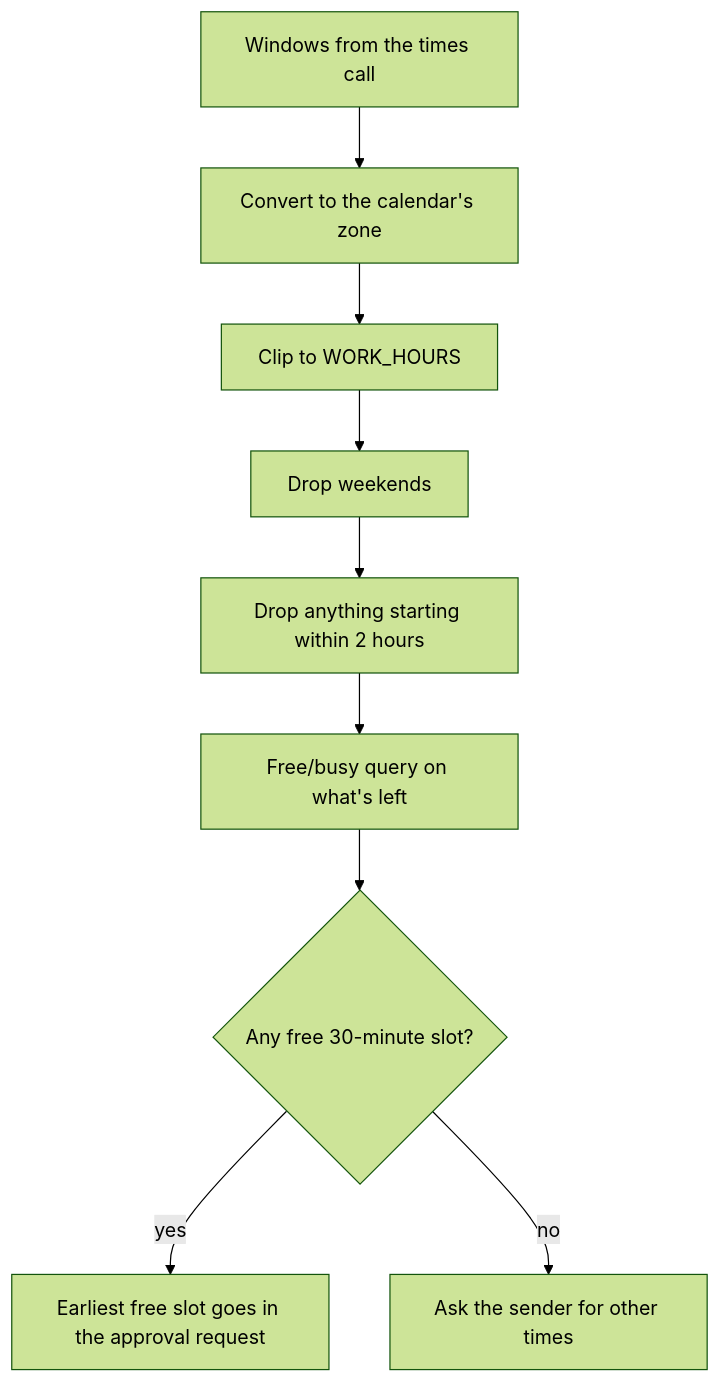
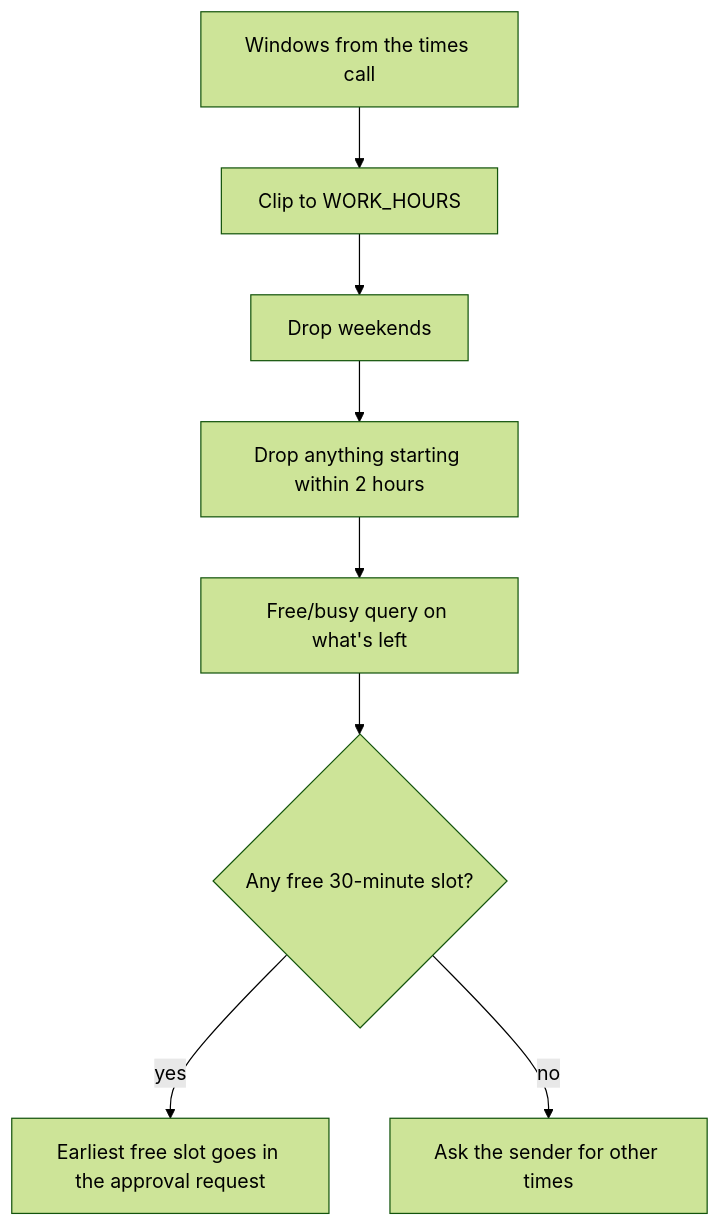
Before and after one commit to andreicaminschi/ai-email-assistant: the diagram in docs/calendar-scheduling.md, drawn with Mermaid (forest theme). The commit also changed other lines of this file and 1 other file, not shown here.

First line of the commit message:
docs: assume one shared time zone

````diff
--- a/docs/calendar-scheduling.md
+++ b/docs/calendar-scheduling.md
@@ -58,11 +57,10 @@
 ```mermaid
 flowchart TD
-    W[Windows from the times call] --> Z[Convert to the calendar's zone]
-    Z --> H[Clip to WORK_HOURS]
+    W[Windows from the times call] --> H[Clip to WORK_HOURS]
     H --> D[Drop weekends]
     D --> N[Drop anything starting within 2 hours]
     N --> F[Free/busy query on what's left]
     F --> S{Any free 30-minute slot?}
     S -- yes --> E[Earliest free slot goes in the approval request]
     S -- no --> A[Ask the sender for other times]
 ```
````
